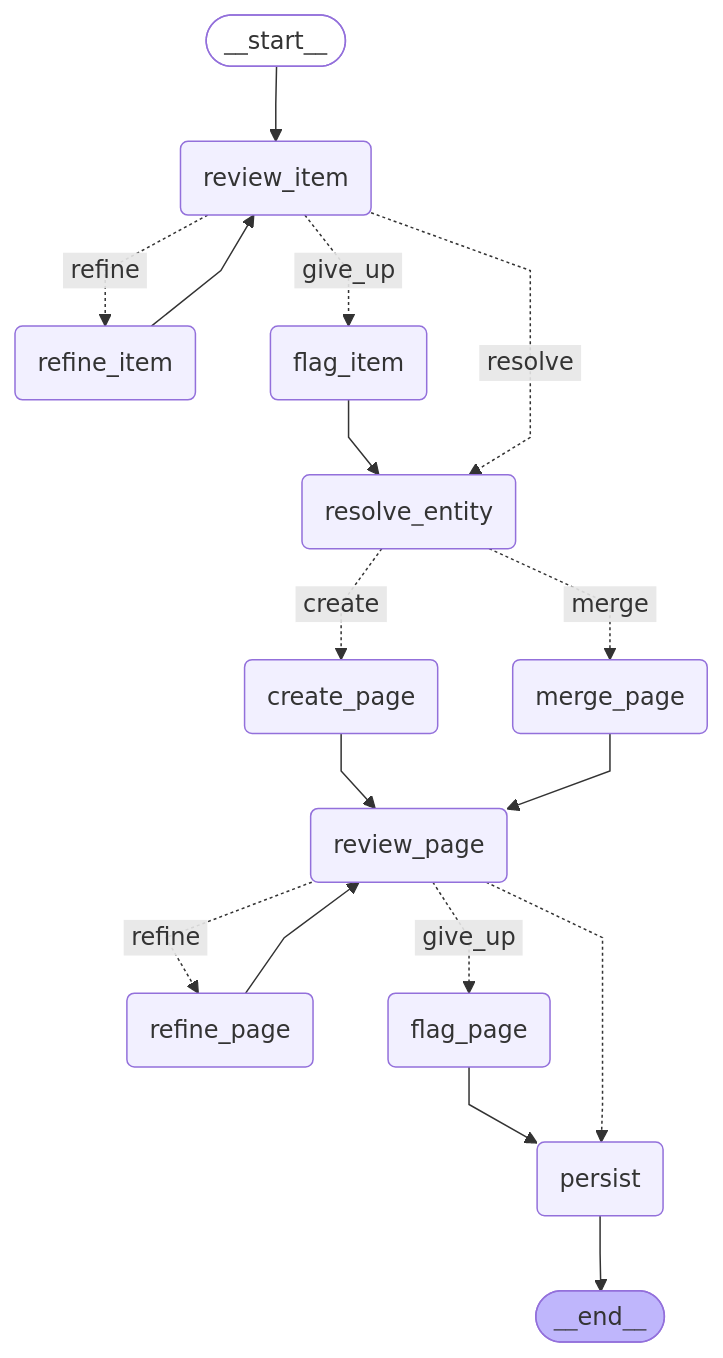
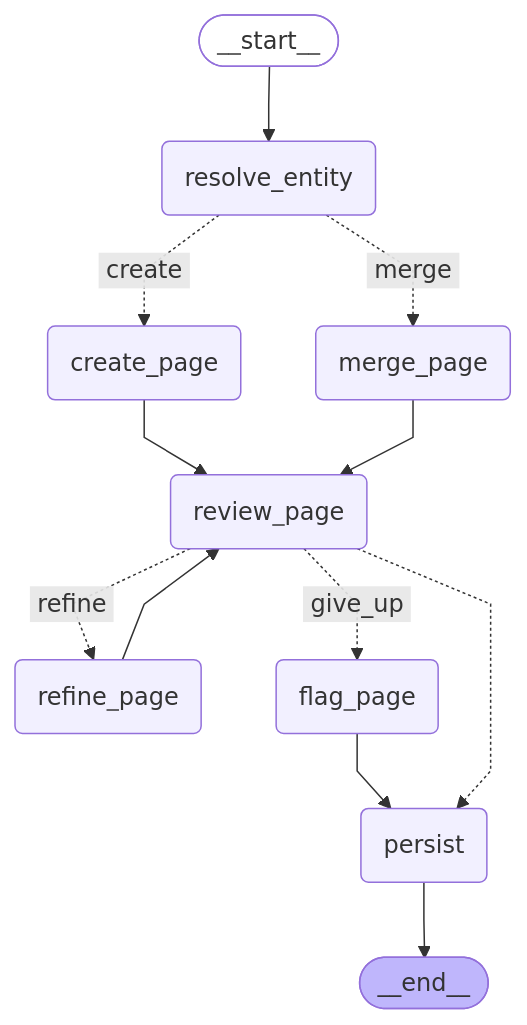
The second of 2 diagrams in docs/graphs.md (pongjenren/llm-wiki-langgraph), drawn with Mermaid before and after one commit. The commit also changed other lines of this file and 11 other files, not shown here.

Commit message:
[feat] change to entire items review, remove item review, remove [current] mechanism

````diff
--- a/docs/graphs.md
+++ b/docs/graphs.md
@@ -51,39 +62,31 @@
 ```mermaid
 ---
 config:
   flowchart:
     curve: linear
 ---
 graph TD;
 	__start__([<p>__start__</p>]):::first
-	review_item(review_item)
-	refine_item(refine_item)
-	flag_item(flag_item)
 	resolve_entity(resolve_entity)
 	create_page(create_page)
 	merge_page(merge_page)
 	review_page(review_page)
 	refine_page(refine_page)
 	flag_page(flag_page)
 	persist(persist)
 	__end__([<p>__end__</p>]):::last
-	__start__ --> review_item;
+	__start__ --> resolve_entity;
 	create_page --> review_page;
-	flag_item --> resolve_entity;
 	flag_page --> persist;
 	merge_page --> review_page;
-	refine_item --> review_item;
 	refine_page --> review_page;
 	resolve_entity -. &nbsp;create&nbsp; .-> create_page;
 	resolve_entity -. &nbsp;merge&nbsp; .-> merge_page;
-	review_item -. &nbsp;give_up&nbsp; .-> flag_item;
-	review_item -. &nbsp;refine&nbsp; .-> refine_item;
-	review_item -. &nbsp;resolve&nbsp; .-> resolve_entity;
 	review_page -. &nbsp;give_up&nbsp; .-> flag_page;
 	review_page -.-> persist;
 	review_page -. &nbsp;refine&nbsp; .-> refine_page;
 	persist --> __end__;
 	classDef default fill:#f2f0ff,line-height:1.2
 	classDef first fill-opacity:0
 	classDef last fill:#bfb6fc
 ```
````
